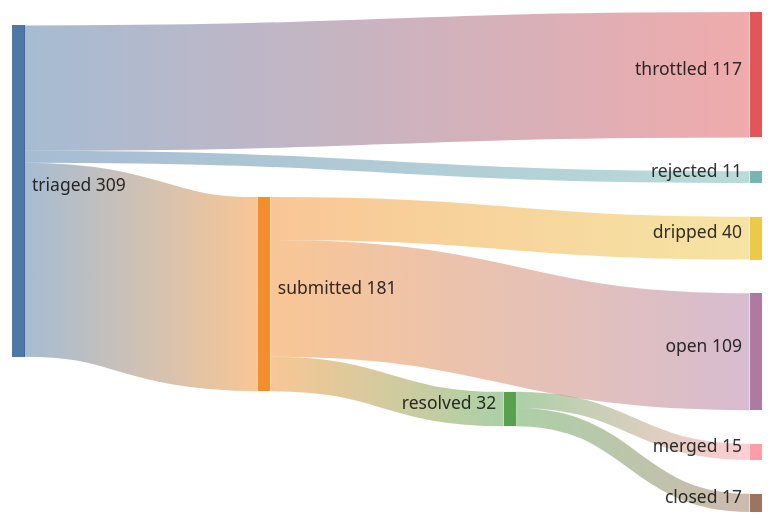
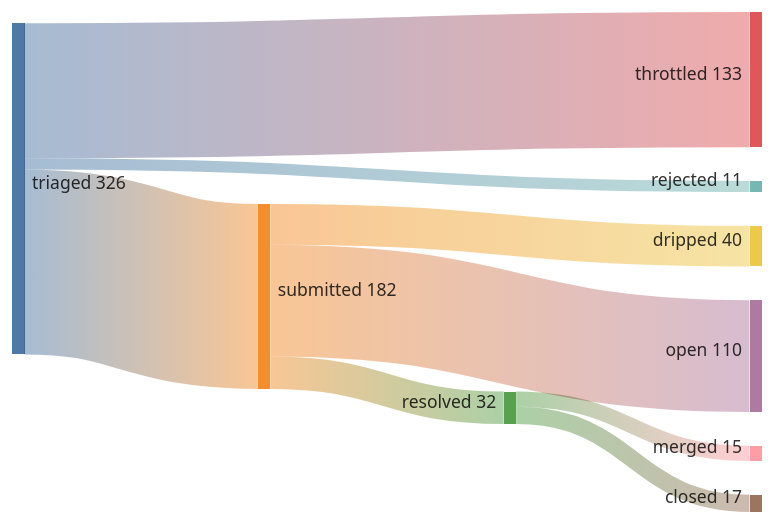
The diagram in README.md (kimjune01/kimjune01), drawn with Mermaid before and after one commit. The commit also changed other lines of this file, not shown here.

Commit message:
stats: 15/32 = 46% (03:50 UTC)

````diff
--- a/README.md
+++ b/README.md
@@ -3,11 +3,11 @@
 ```mermaid
 sankey-beta
-    triaged,    submitted, 181
-    triaged,    throttled, 117
+    triaged,    submitted, 182
+    triaged,    throttled, 133
     triaged,    rejected,  11
     submitted,  resolved,  32
     submitted,  dripped,   40
-    submitted,  open,      109
+    submitted,  open,      110
     resolved,   merged,    15
     resolved,   closed,    17
 ```
````
